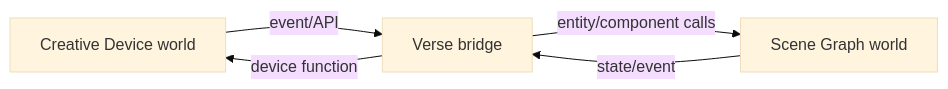
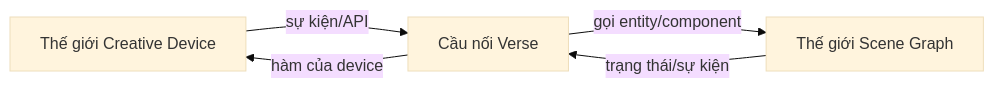
The fifth of 8 diagrams in V5/09-uefn-architecture-and-paldarkv5.md (SlimeVRX/Paldark-Docs), drawn with Mermaid (base theme) before and after one commit. The commit also changed other lines of this file, not shown here.

Commit message:
docs: simplify UEFN architecture chapter

````diff
--- a/V5/09-uefn-architecture-and-paldarkv5.md
+++ b/V5/09-uefn-architecture-and-paldarkv5.md
@@ -551,7 +525,7 @@
-~~~mermaid
+```mermaid
 flowchart LR
-    D[Creative Device world] -->|event/API| V[Verse bridge]
-    V -->|entity/component calls| S[Scene Graph world]
-    S -->|state/event| V
-    V -->|device function| D
-~~~
+    D[Thế giới Creative Device] -->|sự kiện/API| V[Cầu nối Verse]
+    V -->|gọi entity/component| S[Thế giới Scene Graph]
+    S -->|trạng thái/sự kiện| V
+    V -->|hàm của device| D
+```
````
